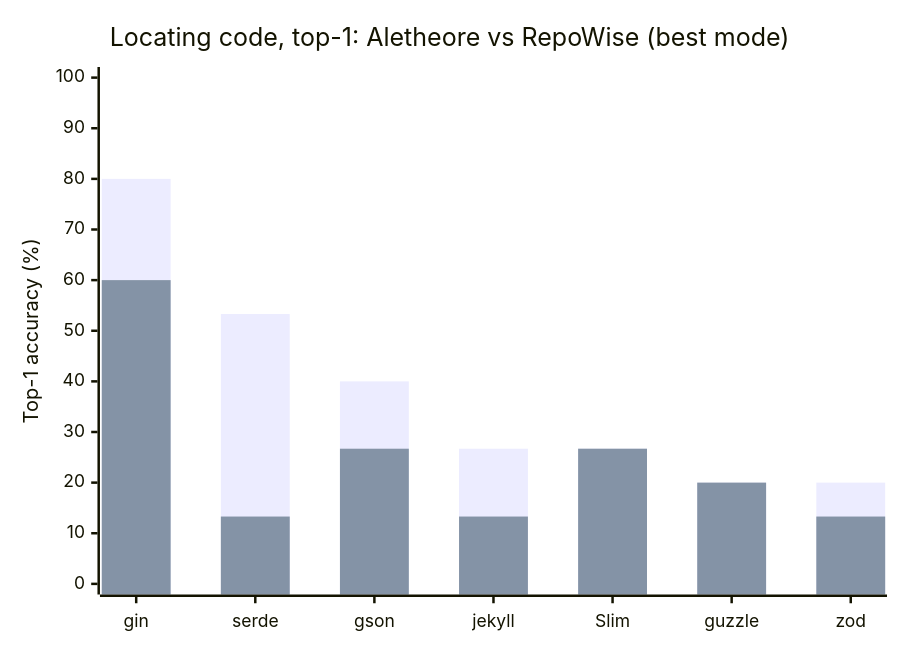
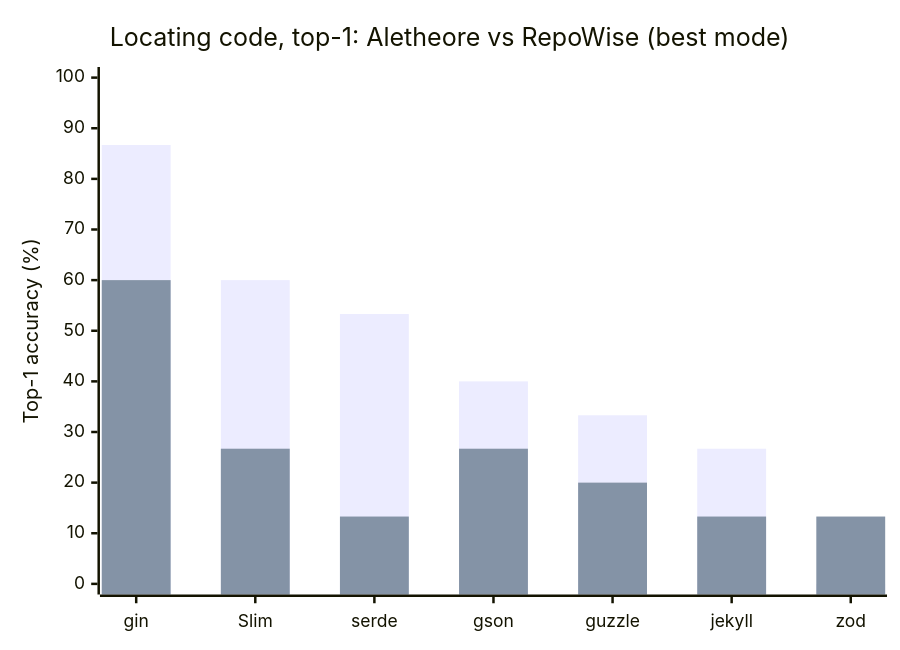
One commit to Aletheore/aletheore-benchmarks changed the fifth of 8 diagrams in README.md. Above: the diagram before and after it, drawn with Mermaid. The commit also changed other lines of this file and 3 other files, not shown here.

````diff
--- a/README.md
+++ b/README.md
@@ -367,8 +395,8 @@
 ```mermaid
 xychart-beta
     title "Locating code, top-1: Aletheore vs RepoWise (best mode)"
-    x-axis [gin, serde, gson, jekyll, Slim, guzzle, zod]
+    x-axis [gin, Slim, serde, gson, guzzle, jekyll, zod]
     y-axis "Top-1 accuracy (%)" 0 --> 100
-    bar "Aletheore" [80.0, 53.3, 40.0, 26.7, 26.7, 20.0, 20.0]
-    bar "RepoWise" [60.0, 13.3, 26.7, 13.3, 26.7, 20.0, 13.3]
+    bar "Aletheore" [86.7, 60.0, 53.3, 40.0, 33.3, 26.7, 0.0]
+    bar "RepoWise" [60.0, 26.7, 13.3, 26.7, 20.0, 13.3, 13.3]
 ```
````
